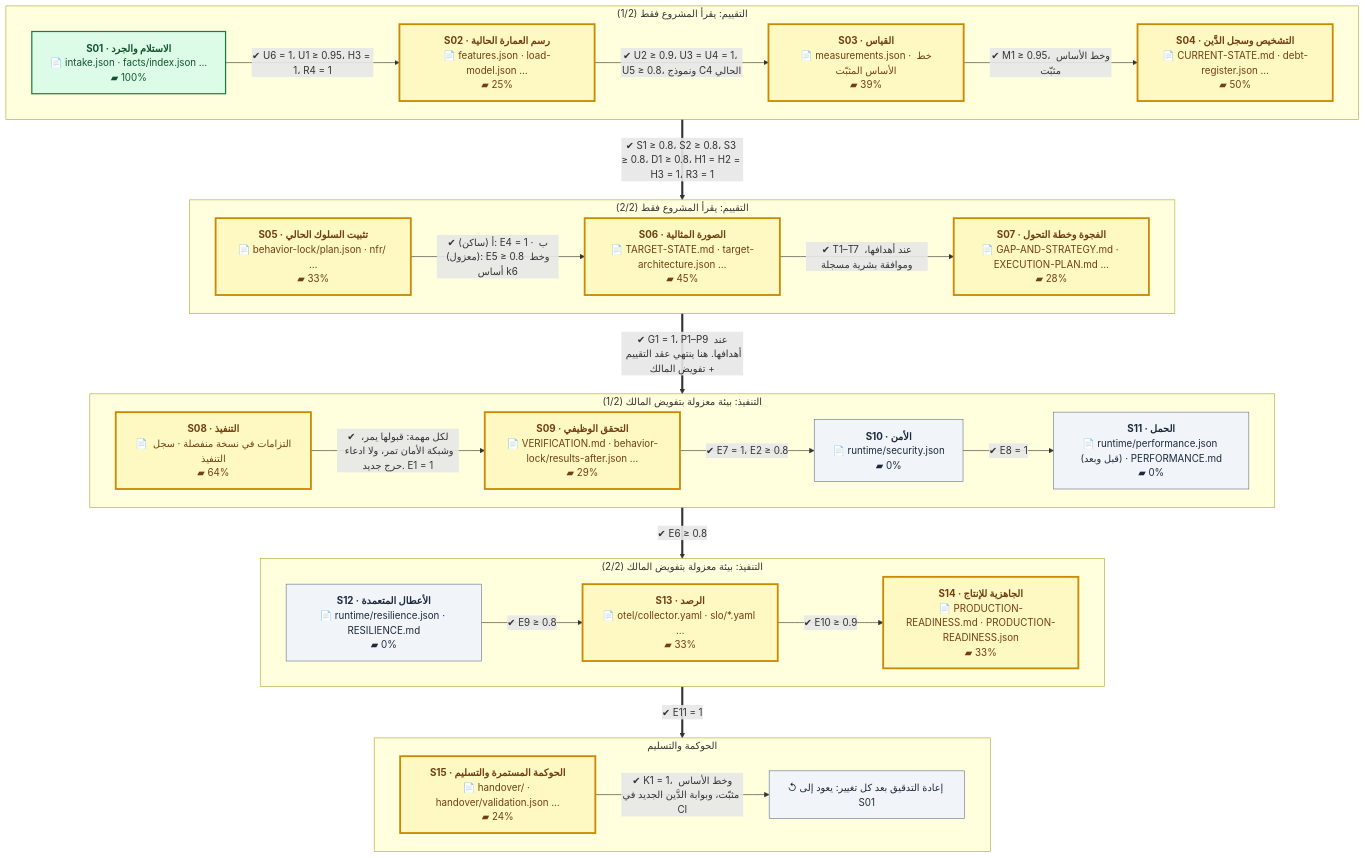
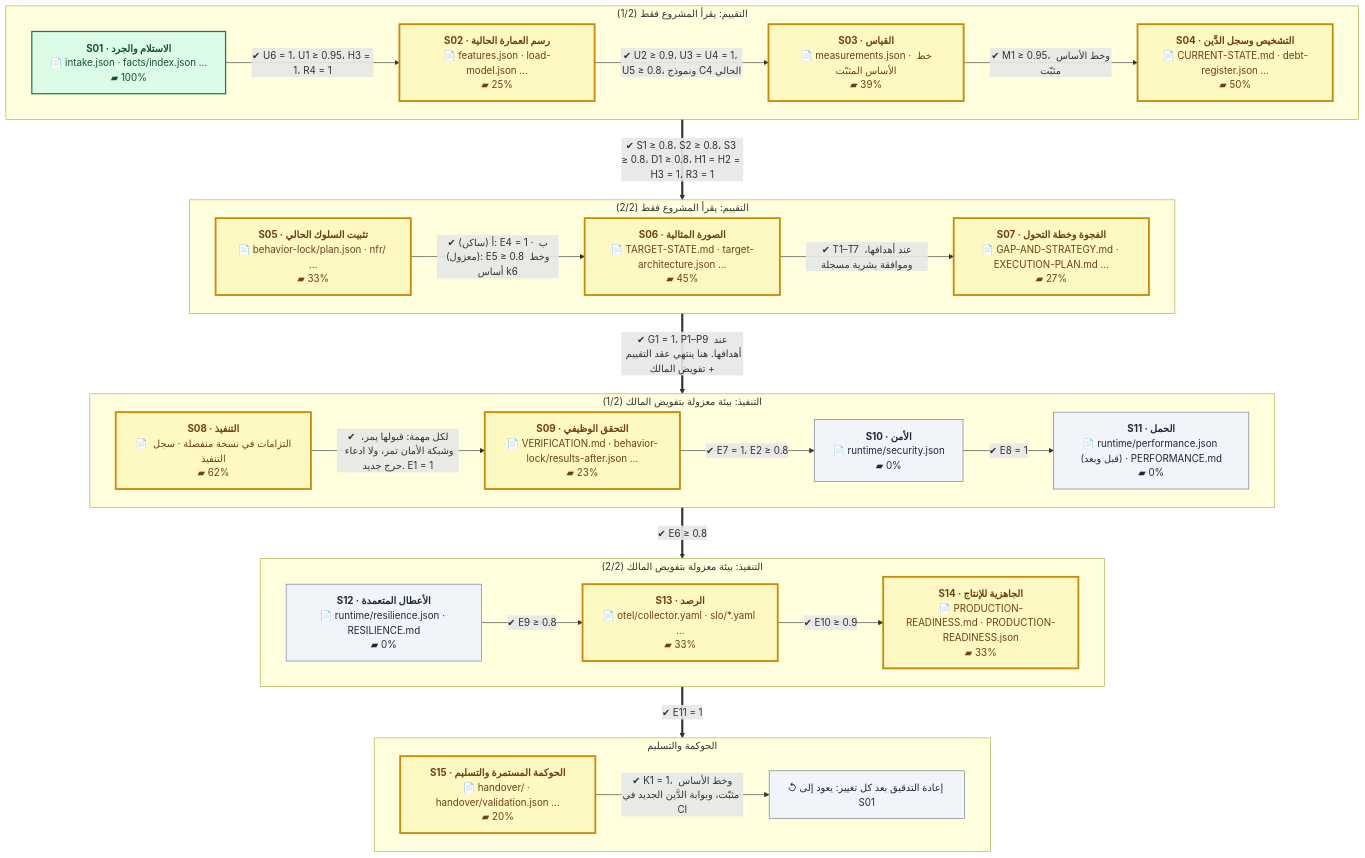
Before and after one commit to eom1417/engineering-audit-os: the first of 2 diagrams in README.md, drawn with Mermaid. The commit also changed other lines of this file and 25 other files, not shown here.

````diff
--- a/README.md
+++ b/README.md
@@ -52,54 +52,54 @@
 ```mermaid
 %%{init: {'flowchart': {'wrappingWidth': 260, 'nodeSpacing': 40, 'rankSpacing': 60}}}%%
 flowchart TB
     subgraph P1["التقييم: يقرأ المشروع فقط (1/2)"]
         direction LR
         S01["<b>S01 · الاستلام والجرد</b><br/>📄 intake.json · facts/index.json …<br/>▰ 100%"]:::done
         S02["<b>S02 · رسم العمارة الحالية</b><br/>📄 features.json · load-model.json …<br/>▰ 25%"]:::current
         S03["<b>S03 · القياس</b><br/>📄 measurements.json · خط الأساس المثبّت<br/>▰ 39%"]:::current
         S04["<b>S04 · التشخيص وسجل الدَّين</b><br/>📄 CURRENT-STATE.md · debt-register.json …<br/>▰ 50%"]:::current
         S01 -->|"✔ U6 = 1، U1 ≥ 0.95، H3 = 1، R4 = 1"| S02
         S02 -->|"✔ U2 ≥ 0.9، U3 = U4 = 1، U5 ≥ 0.8، ونموذج C4 الحالي"| S03
         S03 -->|"✔ M1 ≥ 0.95، وخط الأساس مثبّت"| S04
     end
     subgraph P2["التقييم: يقرأ المشروع فقط (2/2)"]
         direction LR
         S05["<b>S05 · تثبيت السلوك الحالي</b><br/>📄 behavior-lock/plan.json · nfr/ …<br/>▰ 33%"]:::current
         S06["<b>S06 · الصورة المثالية</b><br/>📄 TARGET-STATE.md · target-architecture.json …<br/>▰ 45%"]:::current
-        S07["<b>S07 · الفجوة وخطة التحول</b><br/>📄 GAP-AND-STRATEGY.md · EXECUTION-PLAN.md …<br/>▰ 28%"]:::current
+        S07["<b>S07 · الفجوة وخطة التحول</b><br/>📄 GAP-AND-STRATEGY.md · EXECUTION-PLAN.md …<br/>▰ 27%"]:::current
         S05 -->|"✔ أ (ساكن): E4 = 1 · ب (معزول): E5 ≥ 0.8 وخط أساس k6"| S06
         S06 -->|"✔ T1–T7 عند أهدافها، وموافقة بشرية مسجلة"| S07
     end
     subgraph P3["التنفيذ: بيئة معزولة بتفويض المالك (1/2)"]
         direction LR
-        S08["<b>S08 · التنفيذ</b><br/>📄 التزامات في نسخة منفصلة · سجل التنفيذ<br/>▰ 64%"]:::current
-        S09["<b>S09 · التحقق الوظيفي</b><br/>📄 VERIFICATION.md · behavior-lock/results-after.json …<br/>▰ 29%"]:::current
+        S08["<b>S08 · التنفيذ</b><br/>📄 التزامات في نسخة منفصلة · سجل التنفيذ<br/>▰ 62%"]:::current
+        S09["<b>S09 · التحقق الوظيفي</b><br/>📄 VERIFICATION.md · behavior-lock/results-after.json …<br/>▰ 23%"]:::current
         S10["<b>S10 · الأمن</b><br/>📄 runtime/security.json<br/>▰ 0%"]:::next
         S11["<b>S11 · الحمل</b><br/>📄 runtime/performance.json (قبل وبعد) · PERFORMANCE.md<br/>▰ 0%"]:::next
         S08 -->|"✔ لكل مهمة: قبولها يمر، وشبكة الأمان تمر، ولا ادعاء حرج جديد. E1 = 1"| S09
         S09 -->|"✔ E7 = 1، E2 ≥ 0.8"| S10
         S10 -->|"✔ E8 = 1"| S11
     end
     subgraph P4["التنفيذ: بيئة معزولة بتفويض المالك (2/2)"]
         direction LR
         S12["<b>S12 · الأعطال المتعمدة</b><br/>📄 runtime/resilience.json · RESILIENCE.md<br/>▰ 0%"]:::next
         S13["<b>S13 · الرصد</b><br/>📄 otel/collector.yaml · slo/*.yaml …<br/>▰ 33%"]:::current
         S14["<b>S14 · الجاهزية للإنتاج</b><br/>📄 PRODUCTION-READINESS.md · PRODUCTION-READINESS.json<br/>▰ 33%"]:::current
         S12 -->|"✔ E9 ≥ 0.8"| S13
         S13 -->|"✔ E10 ≥ 0.9"| S14
     end
     subgraph P5["الحوكمة والتسليم"]
         direction LR
-        S15["<b>S15 · الحوكمة المستمرة والتسليم</b><br/>📄 handover/ · handover/validation.json …<br/>▰ 24%"]:::current
+        S15["<b>S15 · الحوكمة المستمرة والتسليم</b><br/>📄 handover/ · handover/validation.json …<br/>▰ 20%"]:::current
         LOOP["↺ إعادة التدقيق بعد كل تغيير: يعود إلى S01"]:::next
         S15 -->|"✔ K1 = 1، وخط الأساس مثبّت، وبوابة الدَّين الجديد في CI"| LOOP
     end
     P1 ==>|"✔ S1 ≥ 0.8، S2 ≥ 0.8، S3 ≥ 0.8، D1 ≥ 0.8، H1 = H2 = H3 = 1، R3 = 1"| P2
     P2 ==>|"✔ G1 = 1، P1–P9 عند أهدافها. هنا ينتهي عقد التقييم + تفويض المالك"| P3
     P3 ==>|"✔ E6 ≥ 0.8"| P4
     P4 ==>|"✔ E11 = 1"| P5
     classDef done fill:#dcfce7,stroke:#15803d,color:#14532d,stroke-width:2px
     classDef current fill:#fef9c3,stroke:#ca8a04,color:#713f12,stroke-width:3px
     classDef next fill:#f1f5f9,stroke:#64748b,color:#1e293b
     classDef owner fill:#fee2e2,stroke:#b91c1c,color:#7f1d1d,stroke-dasharray:5 3
 ```
````
